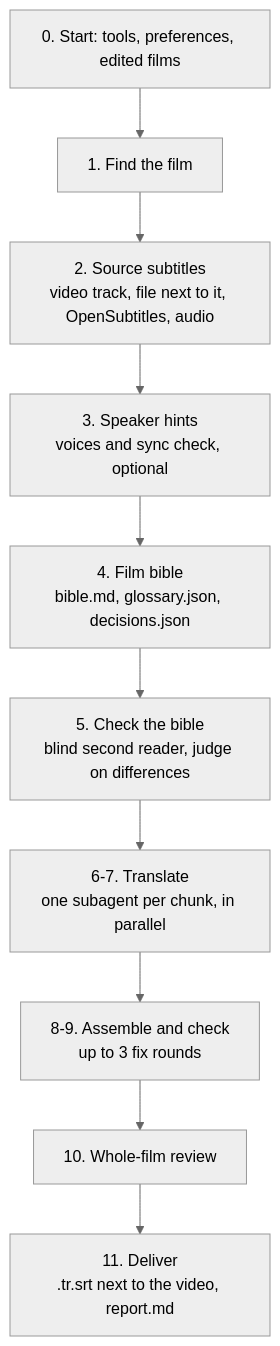
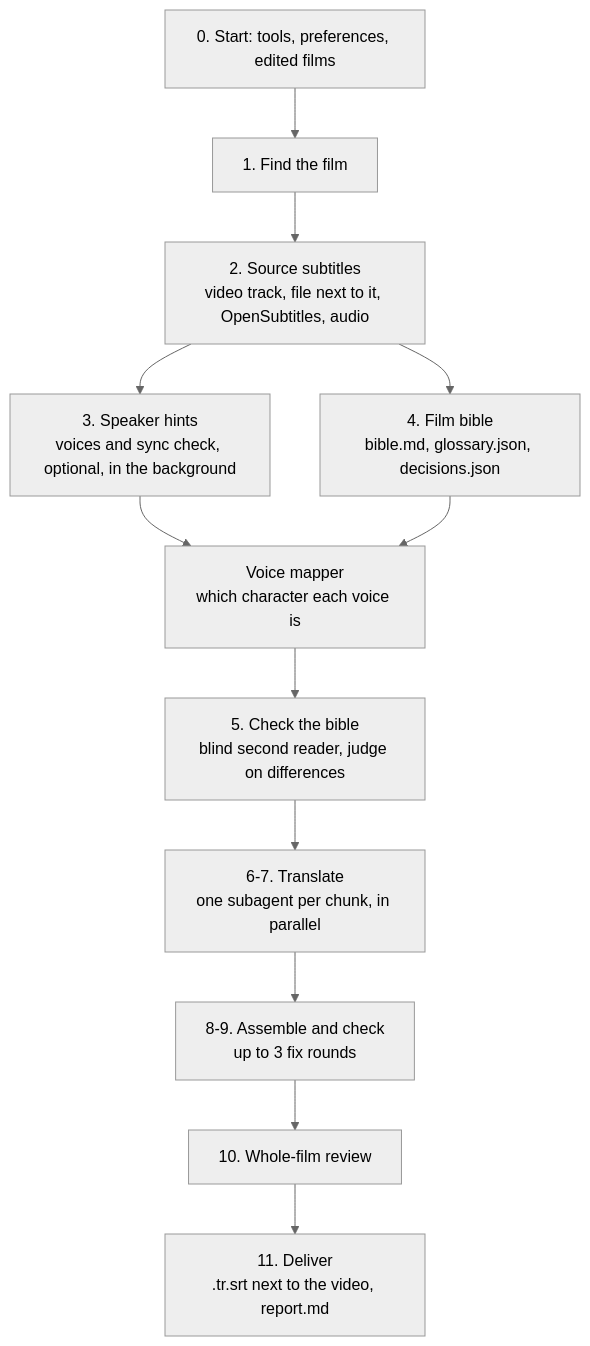
The diagram in docs/architecture.md (specialone0007/subtitle-it), drawn with Mermaid (neutral theme) before and after one commit. The commit also changed other lines of this file and 6 other files, not shown here.

````diff
--- a/docs/architecture.md
+++ b/docs/architecture.md
@@ -19,12 +19,14 @@
 ```mermaid
 flowchart TD
     A[0. Start: tools, preferences, edited films] --> B[1. Find the film]
     B --> C[2. Source subtitles<br>video track, file next to it, OpenSubtitles, audio]
-    C --> D[3. Speaker hints<br>voices and sync check, optional]
-    D --> E[4. Film bible<br>bible.md, glossary.json, decisions.json]
-    E --> F[5. Check the bible<br>blind second reader, judge on differences]
+    C --> D[3. Speaker hints<br>voices and sync check, optional, in the background]
+    C --> E[4. Film bible<br>bible.md, glossary.json, decisions.json]
+    D --> V[Voice mapper<br>which character each voice is]
+    E --> V
+    V --> F[5. Check the bible<br>blind second reader, judge on differences]
     F --> G[6-7. Translate<br>one subagent per chunk, in parallel]
     G --> H[8-9. Assemble and check<br>up to 3 fix rounds]
     H --> I[10. Whole-film review]
     I --> J[11. Deliver<br>.tr.srt next to the video, report.md]
 ```
````
